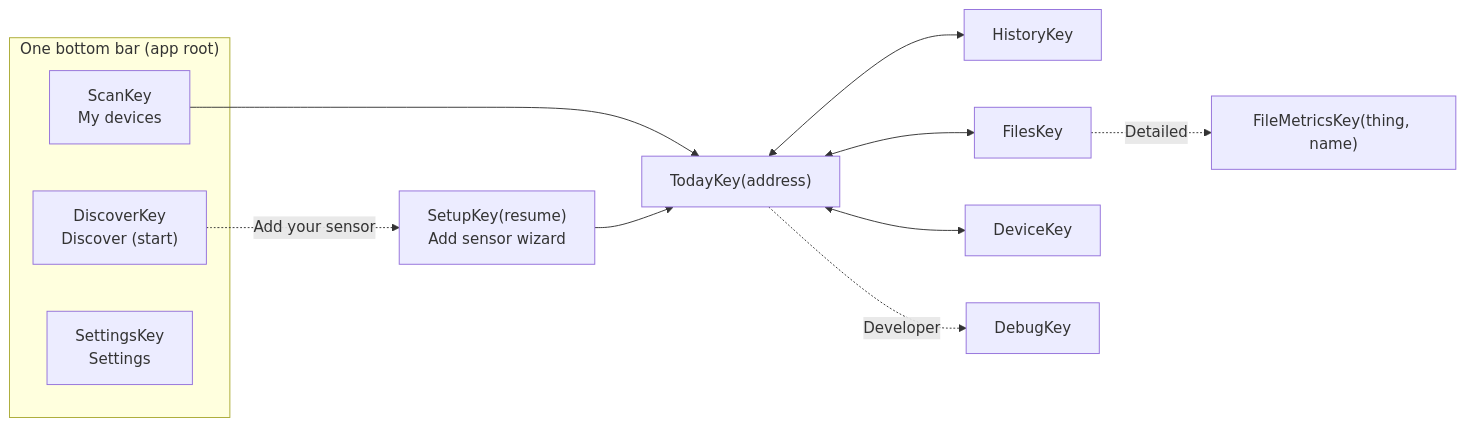
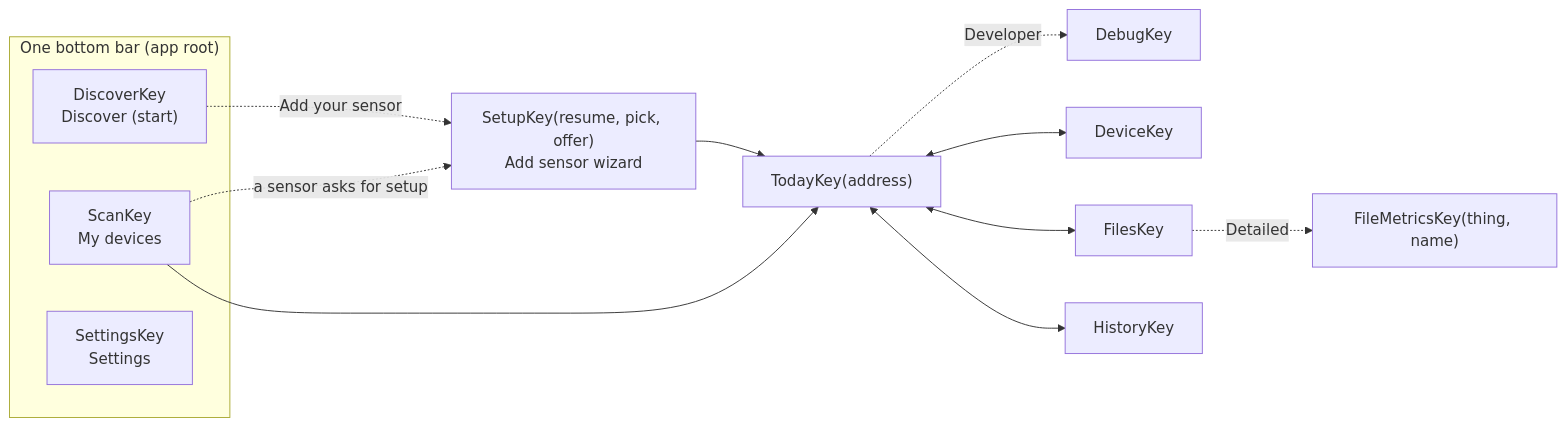
The diagram in docs/screens.md (walkthru-earth/opensensor-space-mobile), drawn with Mermaid before and after one commit. The commit also changed other lines of this file and 45 other files, not shown here.

First line of the commit message:
Open the setup wizard when a sensor asks for it (#278)

````diff
--- a/docs/screens.md
+++ b/docs/screens.md
@@ -9,16 +9,17 @@
 ```mermaid
 flowchart LR
   subgraph Bar["One bottom bar (app root)"]
     Discover["DiscoverKey<br/>Discover (start)"]
     Scan["ScanKey<br/>My devices"]
     Settings["SettingsKey<br/>Settings"]
   end
   Scan --> Today["TodayKey(address)"]
   Today <--> History["HistoryKey"]
   Today <--> Files["FilesKey"]
   Today <--> Device["DeviceKey"]
   Today -. Developer .-> Debug["DebugKey"]
   Files -. Detailed .-> Metrics["FileMetricsKey(thing, name)"]
-  Discover -. Add your sensor .-> Setup["SetupKey(resume)<br/>Add sensor wizard"]
+  Discover -. Add your sensor .-> Setup["SetupKey(resume, pick, offer)<br/>Add sensor wizard"]
+  Scan -. a sensor asks for setup .-> Setup
   Setup --> Today
 ```
````
